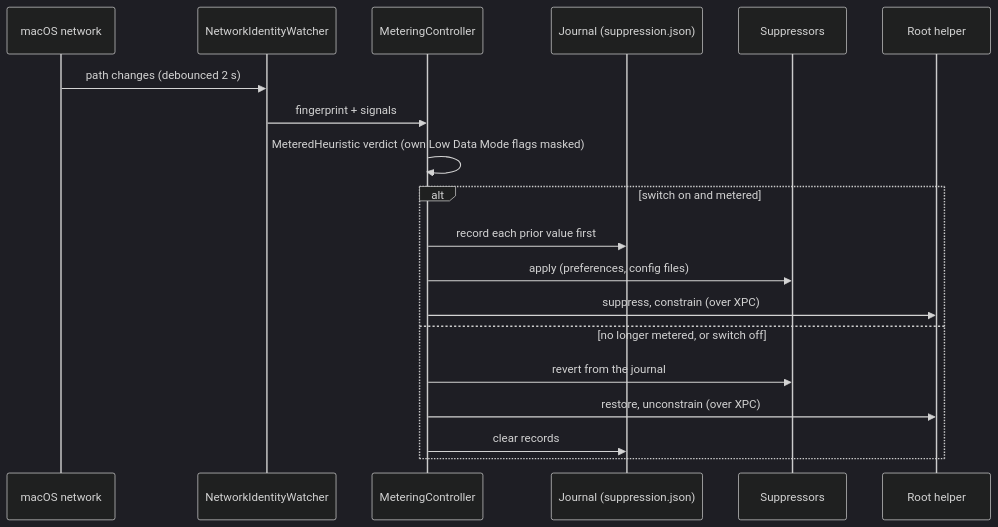
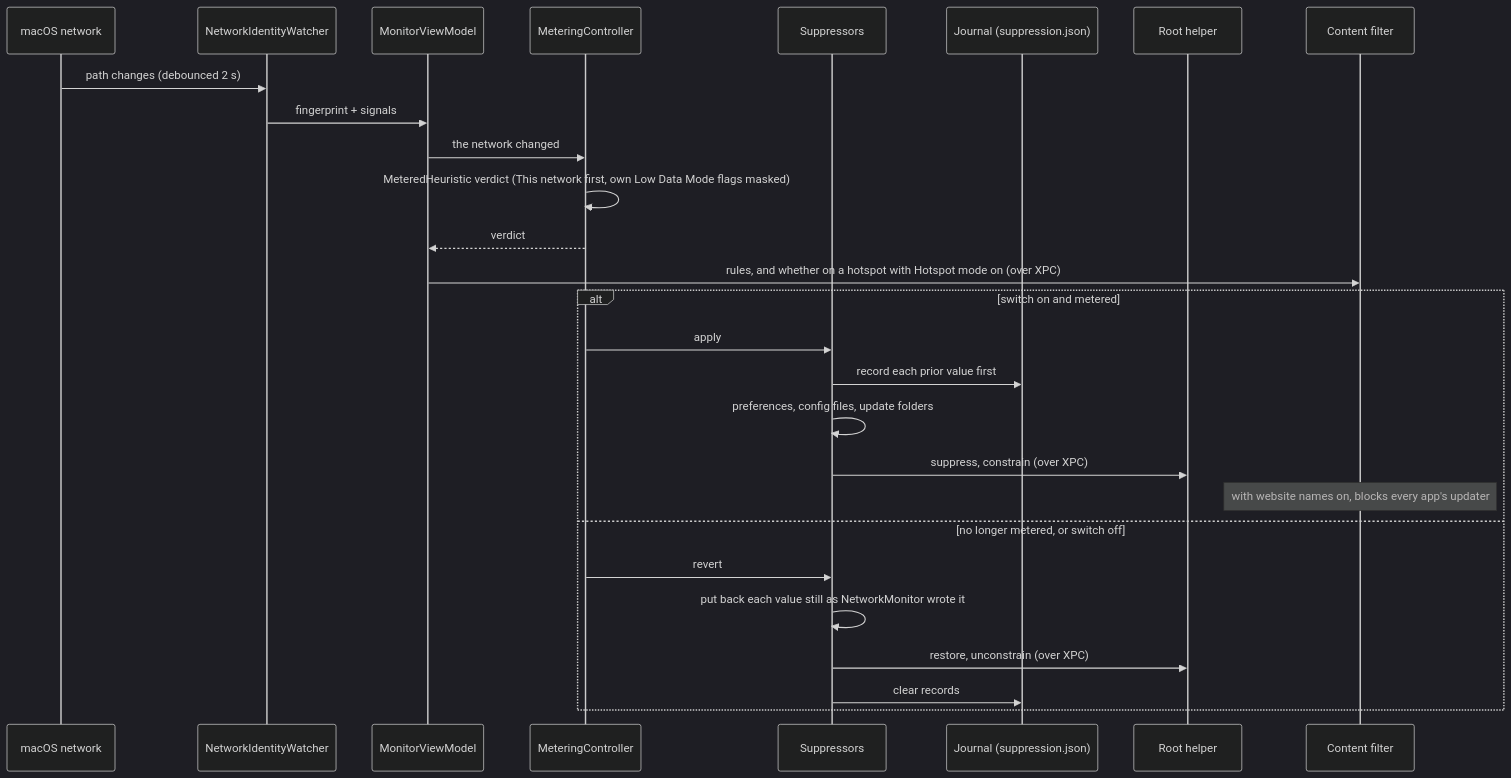
One commit to kevinabouhanna/NetworkMonitor changed the diagram in docs/hotspot-mode.md. Above: the diagram before and after it, drawn with Mermaid (dark theme). The commit also changed 9 other files, not shown here.

````diff
--- a/docs/hotspot-mode.md
+++ b/docs/hotspot-mode.md
@@ -196,22 +196,30 @@
 ```mermaid
 sequenceDiagram
     participant Mac as macOS network
     participant W as NetworkIdentityWatcher
+    participant VM as MonitorViewModel
     participant M as MeteringController
+    participant S as Suppressors
     participant J as Journal (suppression.json)
-    participant S as Suppressors
     participant H as Root helper
+    participant F as Content filter
 
     Mac->>W: path changes (debounced 2 s)
-    W->>M: fingerprint + signals
-    M->>M: MeteredHeuristic verdict (own Low Data Mode flags masked)
+    W->>VM: fingerprint + signals
+    VM->>M: the network changed
+    M->>M: MeteredHeuristic verdict (This network first, own Low Data Mode flags masked)
+    M-->>VM: verdict
+    VM->>F: rules, and whether on a hotspot with Hotspot mode on (over XPC)
     alt switch on and metered
-        M->>J: record each prior value first
-        M->>S: apply (preferences, config files)
-        M->>H: suppress, constrain (over XPC)
+        M->>S: apply
+        S->>J: record each prior value first
+        S->>S: preferences, config files, update folders
+        S->>H: suppress, constrain (over XPC)
+        Note over F: with website names on, blocks every app's updater
     else no longer metered, or switch off
-        M->>S: revert from the journal
-        M->>H: restore, unconstrain (over XPC)
-        M->>J: clear records
+        M->>S: revert
+        S->>S: put back each value still as NetworkMonitor wrote it
+        S->>H: restore, unconstrain (over XPC)
+        S->>J: clear records
     end
 ```
````
